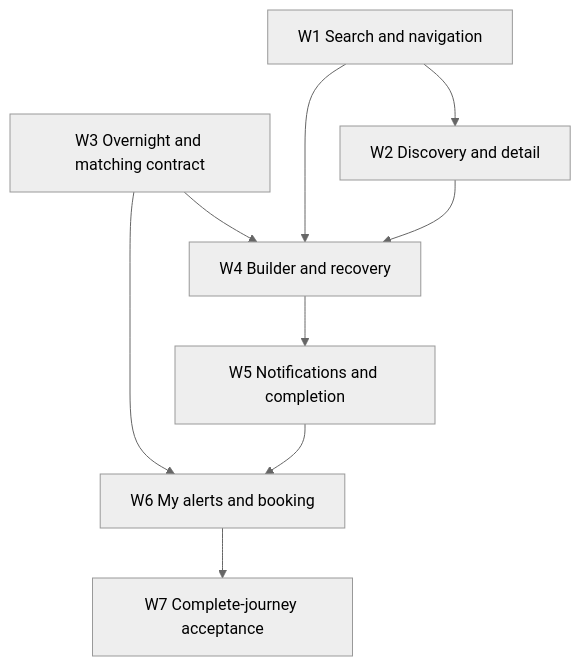
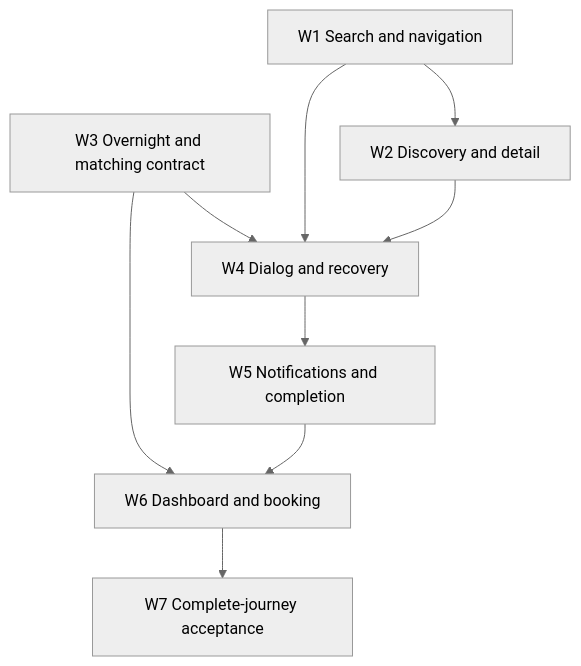
Before and after one commit to juftin/camply-web: the diagram in specs/002-campsite-discovery/implementation.md, drawn with Mermaid (neutral theme). The commit also changed other lines of this file and 10 other files, not shown here.

````diff
--- a/specs/002-campsite-discovery/implementation.md
+++ b/specs/002-campsite-discovery/implementation.md
@@ -224,11 +235,11 @@
 ```mermaid
 flowchart TD
     W1[W1 Search and navigation] --> W2[W2 Discovery and detail]
-    W3[W3 Overnight and matching contract] --> W4[W4 Builder and recovery]
+    W3[W3 Overnight and matching contract] --> W4[W4 Dialog and recovery]
     W1 --> W4
     W2 --> W4
     W4 --> W5[W5 Notifications and completion]
-    W3 --> W6[W6 My alerts and booking]
+    W3 --> W6[W6 Dashboard and booking]
     W5 --> W6
     W6 --> W7[W7 Complete-journey acceptance]
 ```
````
